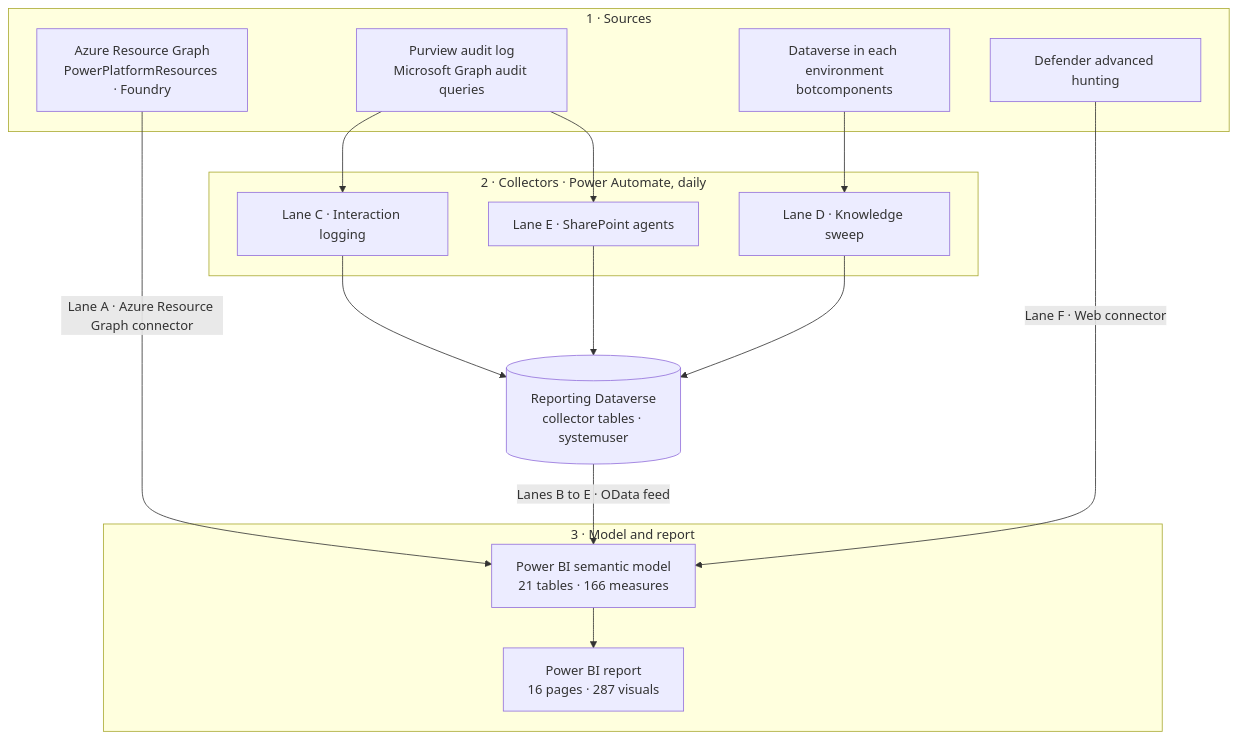
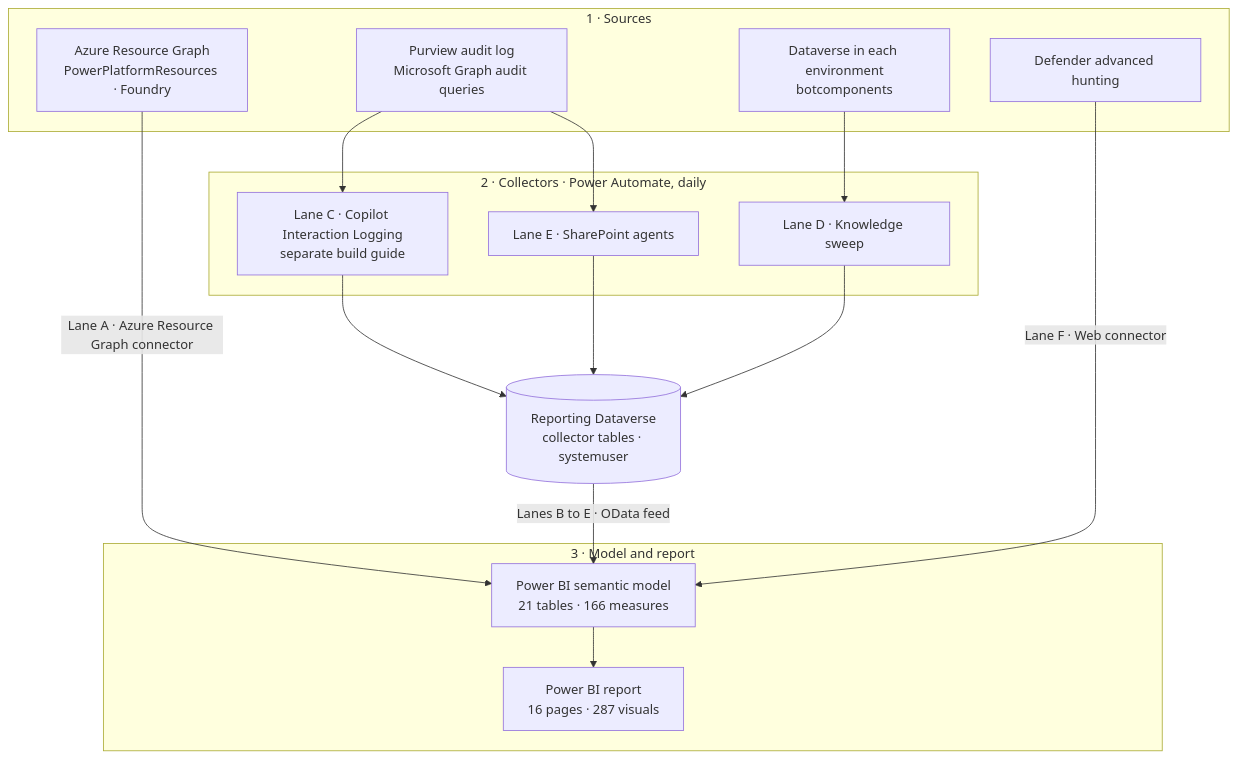
Before and after one commit to RyanBowie/custom-agent-reporting-architecture: the diagram in README.md, drawn with Mermaid. The commit also changed other lines of this file and 3 other files, not shown here.

````diff
--- a/README.md
+++ b/README.md
@@ -37,29 +40,29 @@
 ```mermaid
 flowchart TB
   subgraph S["1 · Sources"]
     ARG["Azure Resource Graph<br/>PowerPlatformResources · Foundry"]
     AUD["Purview audit log<br/>Microsoft Graph audit queries"]
     ENV["Dataverse in each environment<br/>botcomponents"]
     DEF["Defender advanced hunting"]
   end
   subgraph C["2 · Collectors · Power Automate, daily"]
-    LC["Lane C · Interaction logging"]
+    LC["Lane C · Copilot Interaction Logging<br/>separate build guide"]
     LE["Lane E · SharePoint agents"]
     LD["Lane D · Knowledge sweep"]
   end
   STORE[("Reporting Dataverse<br/>collector tables · systemuser")]
   subgraph M["3 · Model and report"]
     SM["Power BI semantic model<br/>21 tables · 166 measures"]
     RPT["Power BI report<br/>16 pages · 287 visuals"]
   end
   AUD --> LC
   AUD --> LE
   ENV --> LD
   LC --> STORE
   LE --> STORE
   LD --> STORE
   ARG -- "Lane A · Azure Resource Graph connector" --> SM
   STORE -- "Lanes B to E · OData feed" --> SM
   DEF -- "Lane F · Web connector" --> SM
   SM --> RPT
 ```
````
